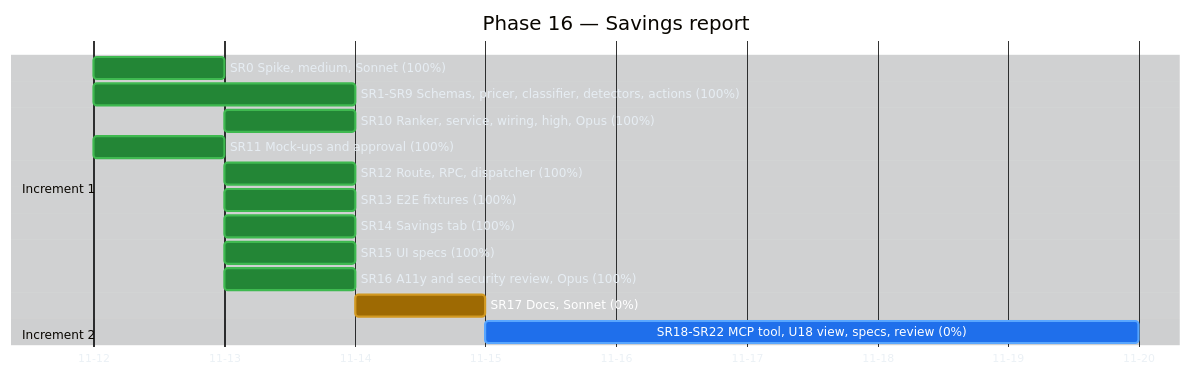
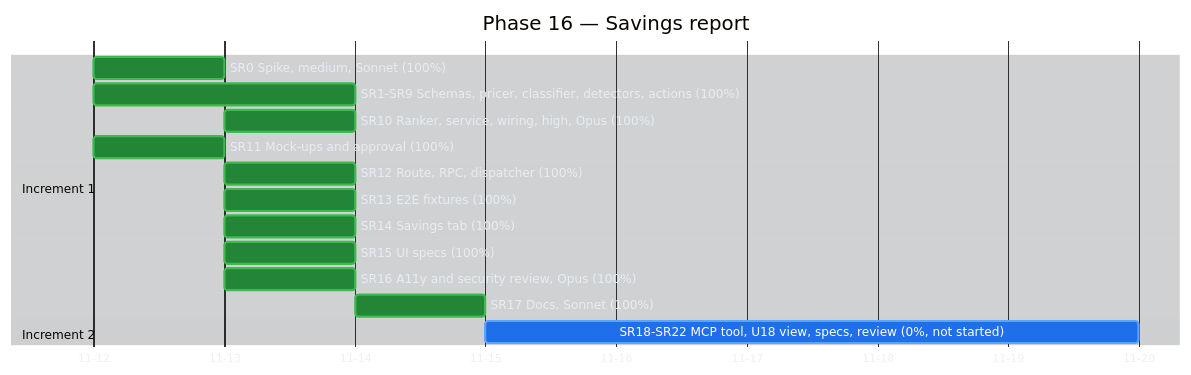
One commit to raulkivi/agent-cost-analyzer changed the second of 3 diagrams in docs/implementation-plan-gantt.md. Above: the diagram before and after it, drawn with Mermaid. The commit also changed other lines of this file and 10 other files, not shown here.

Commit message:
docs(16): SR17 user and extension guides, architecture, threat model, changelogs

````diff
--- a/docs/implementation-plan-gantt.md
+++ b/docs/implementation-plan-gantt.md
@@ -129,49 +129,49 @@
 ```mermaid
 %%{init: {
   "theme": "base",
   "themeVariables": {
     "darkMode": true,
     "background": "#0d1117",
     "textColor": "#e6edf3",
     "primaryTextColor": "#e6edf3",
     "lineColor": "#8b949e",
     "sectionBkgColor": "#161b22",
     "sectionBkgColor2": "#1c2129",
     "altSectionBkgColor": "#0d1117",
     "gridColor": "#30363d",
     "excludeBkgColor": "#161b22",
     "todayLineColor": "#f85149",
     "taskBkgColor": "#1f6feb",
     "taskBorderColor": "#58a6ff",
     "taskTextColor": "#ffffff",
     "taskTextLightColor": "#ffffff",
     "taskTextDarkColor": "#ffffff",
     "taskTextOutsideColor": "#e6edf3",
     "doneTaskBkgColor": "#238636",
     "doneTaskBorderColor": "#3fb950",
     "activeTaskBkgColor": "#9e6a03",
     "activeTaskBorderColor": "#d29922",
     "critBkgColor": "#da3633",
     "critBorderColor": "#f85149"
   }
 }}%%
 gantt
     title Phase 16 — Savings report
     dateFormat YYYY-MM-DD
     axisFormat %m-%d
 
     section Increment 1
     SR0 Spike, medium, Sonnet (100%)                 :done, sr0, 2026-11-12, 1d
     SR1-SR9 Schemas, pricer, classifier, detectors, actions (100%) :done, sr1, 2026-11-12, 2d
     SR10 Ranker, service, wiring, high, Opus (100%)  :done, sr10, 2026-11-13, 1d
     SR11 Mock-ups and approval (100%)                :done, sr11, 2026-11-12, 1d
     SR12 Route, RPC, dispatcher (100%)               :done, sr12, 2026-11-13, 1d
     SR13 E2E fixtures (100%)                         :done, sr13, 2026-11-13, 1d
     SR14 Savings tab (100%)                          :done, sr14, 2026-11-13, 1d
     SR15 UI specs (100%)                             :done, sr15, 2026-11-13, 1d
     SR16 A11y and security review, Opus (100%)       :done, sr16, 2026-11-13, 1d
-    SR17 Docs, Sonnet (0%)                           :active, sr17, after sr16, 1d
+    SR17 Docs, Sonnet (100%)                         :done, sr17, after sr16, 1d
 
     section Increment 2
-    SR18-SR22 MCP tool, U18 view, specs, review (0%) :sr18, after sr17, 5d
+    SR18-SR22 MCP tool, U18 view, specs, review (0%, not started) :sr18, after sr17, 5d
 ```
````
